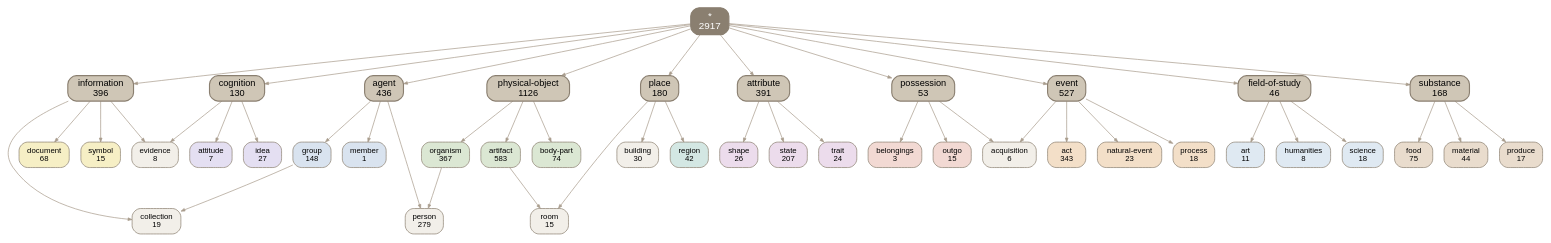
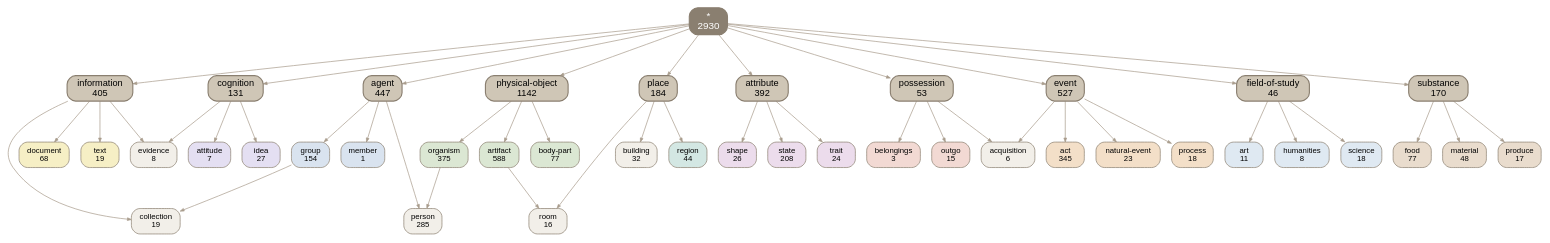
The diagram in docs/img/top.dot (petfold/ontodag-core), drawn with Graphviz before and after one commit. The commit also changed 13 other files, not shown here.

```diff
--- a/docs/img/top.dot
+++ b/docs/img/top.dot
@@ -1,92 +1,92 @@
 digraph core {
   root="*"; rankdir=TB; ranksep=0.8; nodesep=0.22; splines=true; outputorder=edgesfirst;
   node [shape=box, style="rounded,filled", color="#8a7f70", fontname=Helvetica, fontsize=11];
   edge [color="#a89c8c", arrowsize=0.55];
-  "*" [label="*\n2917" fillcolor="#8a7f70" fontcolor="white" fontsize=14 penwidth=1.6];
+  "*" [label="*\n2930" fillcolor="#8a7f70" fontcolor="white" fontsize=14 penwidth=1.6];
   "*" -> "agent";
   "*" -> "attribute";
   "*" -> "cognition";
   "*" -> "event";
   "*" -> "field-of-study";
   "*" -> "information";
   "*" -> "physical-object";
   "*" -> "place";
   "*" -> "possession";
   "*" -> "substance";
   "acquisition" [label="acquisition\n6" fillcolor="#f2efe9"];
-  "act" [label="act\n343" fillcolor="#f3dfc8"];
-  "agent" [label="agent\n436" fillcolor="#cfc6b6" fontsize=13 penwidth=1.6];
+  "act" [label="act\n345" fillcolor="#f3dfc8"];
+  "agent" [label="agent\n447" fillcolor="#cfc6b6" fontsize=13 penwidth=1.6];
   "art" [label="art\n11" fillcolor="#dfe9f2"];
-  "artifact" [label="artifact\n583" fillcolor="#dbe7d3"];
+  "artifact" [label="artifact\n588" fillcolor="#dbe7d3"];
   "attitude" [label="attitude\n7" fillcolor="#e4dff2"];
-  "attribute" [label="attribute\n391" fillcolor="#cfc6b6" fontsize=13 penwidth=1.6];
+  "attribute" [label="attribute\n392" fillcolor="#cfc6b6" fontsize=13 penwidth=1.6];
   "belongings" [label="belongings\n3" fillcolor="#f2d9d3"];
-  "body-part" [label="body-part\n74" fillcolor="#dbe7d3"];
-  "building" [label="building\n30" fillcolor="#f2efe9"];
-  "cognition" [label="cognition\n130" fillcolor="#cfc6b6" fontsize=13 penwidth=1.6];
+  "body-part" [label="body-part\n77" fillcolor="#dbe7d3"];
+  "building" [label="building\n32" fillcolor="#f2efe9"];
+  "cognition" [label="cognition\n131" fillcolor="#cfc6b6" fontsize=13 penwidth=1.6];
   "collection" [label="collection\n19" fillcolor="#f2efe9"];
   "document" [label="document\n68" fillcolor="#f6efc5"];
   "event" [label="event\n527" fillcolor="#cfc6b6" fontsize=13 penwidth=1.6];
   "evidence" [label="evidence\n8" fillcolor="#f2efe9"];
   "field-of-study" [label="field-of-study\n46" fillcolor="#cfc6b6" fontsize=13 penwidth=1.6];
-  "food" [label="food\n75" fillcolor="#e9dccd"];
-  "group" [label="group\n148" fillcolor="#d9e3ef"];
+  "food" [label="food\n77" fillcolor="#e9dccd"];
+  "group" [label="group\n154" fillcolor="#d9e3ef"];
   "humanities" [label="humanities\n8" fillcolor="#dfe9f2"];
   "idea" [label="idea\n27" fillcolor="#e4dff2"];
-  "information" [label="information\n396" fillcolor="#cfc6b6" fontsize=13 penwidth=1.6];
-  "material" [label="material\n44" fillcolor="#e9dccd"];
+  "information" [label="information\n405" fillcolor="#cfc6b6" fontsize=13 penwidth=1.6];
+  "material" [label="material\n48" fillcolor="#e9dccd"];
   "member" [label="member\n1" fillcolor="#d9e3ef"];
   "natural-event" [label="natural-event\n23" fillcolor="#f3dfc8"];
-  "organism" [label="organism\n367" fillcolor="#dbe7d3"];
+  "organism" [label="organism\n375" fillcolor="#dbe7d3"];
   "outgo" [label="outgo\n15" fillcolor="#f2d9d3"];
-  "person" [label="person\n279" fillcolor="#f2efe9"];
-  "physical-object" [label="physical-object\n1126" fillcolor="#cfc6b6" fontsize=13 penwidth=1.6];
-  "place" [label="place\n180" fillcolor="#cfc6b6" fontsize=13 penwidth=1.6];
+  "person" [label="person\n285" fillcolor="#f2efe9"];
+  "physical-object" [label="physical-object\n1142" fillcolor="#cfc6b6" fontsize=13 penwidth=1.6];
+  "place" [label="place\n184" fillcolor="#cfc6b6" fontsize=13 penwidth=1.6];
   "possession" [label="possession\n53" fillcolor="#cfc6b6" fontsize=13 penwidth=1.6];
   "process" [label="process\n18" fillcolor="#f3dfc8"];
   "produce" [label="produce\n17" fillcolor="#e9dccd"];
-  "region" [label="region\n42" fillcolor="#d3e7e3"];
-  "room" [label="room\n15" fillcolor="#f2efe9"];
+  "region" [label="region\n44" fillcolor="#d3e7e3"];
+  "room" [label="room\n16" fillcolor="#f2efe9"];
   "science" [label="science\n18" fillcolor="#dfe9f2"];
   "shape" [label="shape\n26" fillcolor="#ecdcec"];
-  "state" [label="state\n207" fillcolor="#ecdcec"];
-  "substance" [label="substance\n168" fillcolor="#cfc6b6" fontsize=13 penwidth=1.6];
-  "symbol" [label="symbol\n15" fillcolor="#f6efc5"];
+  "state" [label="state\n208" fillcolor="#ecdcec"];
+  "substance" [label="substance\n170" fillcolor="#cfc6b6" fontsize=13 penwidth=1.6];
+  "text" [label="text\n19" fillcolor="#f6efc5"];
   "trait" [label="trait\n24" fillcolor="#ecdcec"];
   { rank=same; "agent" "attribute" "cognition" "event" "field-of-study" "information" "physical-object" "place" "possession" "substance" }
-  "possession" -> "belongings";
+  "attribute" -> "trait";
+  "physical-object" -> "artifact";
+  "substance" -> "food";
+  "event" -> "natural-event";
+  "substance" -> "material";
+  "place" -> "region";
+  "agent" -> "member";
+  "place" -> "building";
+  "field-of-study" -> "humanities";
+  "physical-object" -> "body-part";
+  "attribute" -> "state";
+  "cognition" -> "evidence";
+  "information" -> "evidence";
+  "physical-object" -> "organism";
   "agent" -> "person";
   "organism" -> "person";
+  "cognition" -> "attitude";
+  "cognition" -> "idea";
+  "information" -> "document";
+  "group" -> "collection";
+  "information" -> "collection";
+  "field-of-study" -> "art";
+  "agent" -> "group";
+  "substance" -> "produce";
+  "field-of-study" -> "science";
+  "event" -> "process";
+  "information" -> "text";
+  "event" -> "act";
+  "possession" -> "outgo";
+  "artifact" -> "room";
+  "place" -> "room";
+  "possession" -> "belongings";
   "event" -> "acquisition";
   "possession" -> "acquisition";
-  "field-of-study" -> "science";
-  "group" -> "collection";
-  "information" -> "collection";
-  "physical-object" -> "body-part";
-  "cognition" -> "idea";
-  "substance" -> "food";
-  "agent" -> "member";
-  "cognition" -> "attitude";
-  "substance" -> "produce";
-  "place" -> "building";
-  "possession" -> "outgo";
-  "substance" -> "material";
-  "physical-object" -> "artifact";
-  "event" -> "process";
-  "place" -> "region";
-  "event" -> "natural-event";
-  "field-of-study" -> "humanities";
-  "agent" -> "group";
-  "information" -> "symbol";
-  "information" -> "document";
-  "artifact" -> "room";
-  "place" -> "room";
   "attribute" -> "shape";
-  "physical-object" -> "organism";
-  "cognition" -> "evidence";
-  "information" -> "evidence";
-  "attribute" -> "trait";
-  "event" -> "act";
-  "attribute" -> "state";
-  "field-of-study" -> "art";
 }
```
